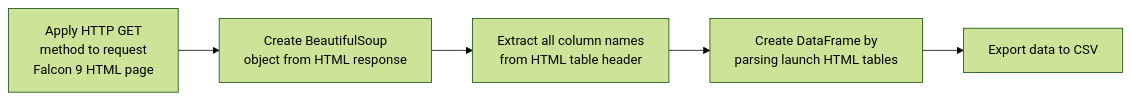
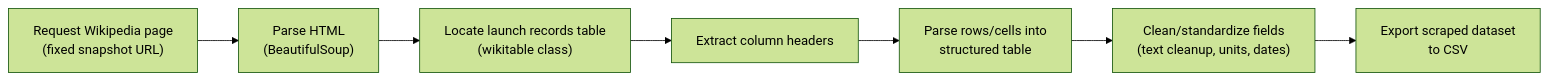
Before and after one commit to EladdadMahdi/IBM-Applied-Data-Science-Capstone: the second of 3 diagrams in README.md, drawn with Mermaid (forest theme). The commit also changed other lines of this file and 14 other files, not shown here.

````diff
--- a/README.md
+++ b/README.md
@@ -63,8 +71,11 @@
 ```mermaid
-graph LR
-    A["Apply HTTP GET<br/>method to request<br/>Falcon 9 HTML page"] 
-        --> B["Create BeautifulSoup<br/>object from HTML response"]
-        --> C["Extract all column names<br/>from HTML table header"]
-        --> D["Create DataFrame by<br/>parsing launch HTML tables"]
-        --> E["Export data to CSV"]
+
+   graph LR
+   A["Request Wikipedia page<br/>(fixed snapshot URL)"] --> B["Parse HTML<br/>(BeautifulSoup)"]
+   B --> C["Locate launch records table<br/>(wikitable class)"]
+   C --> D["Extract column headers"]
+   D --> E["Parse rows/cells into<br/>structured table"]
+   E --> F["Clean/standardize fields<br/>(text cleanup, units, dates)"]
+   F --> G["Export scraped dataset<br/>to CSV"]
+
 ```
````
